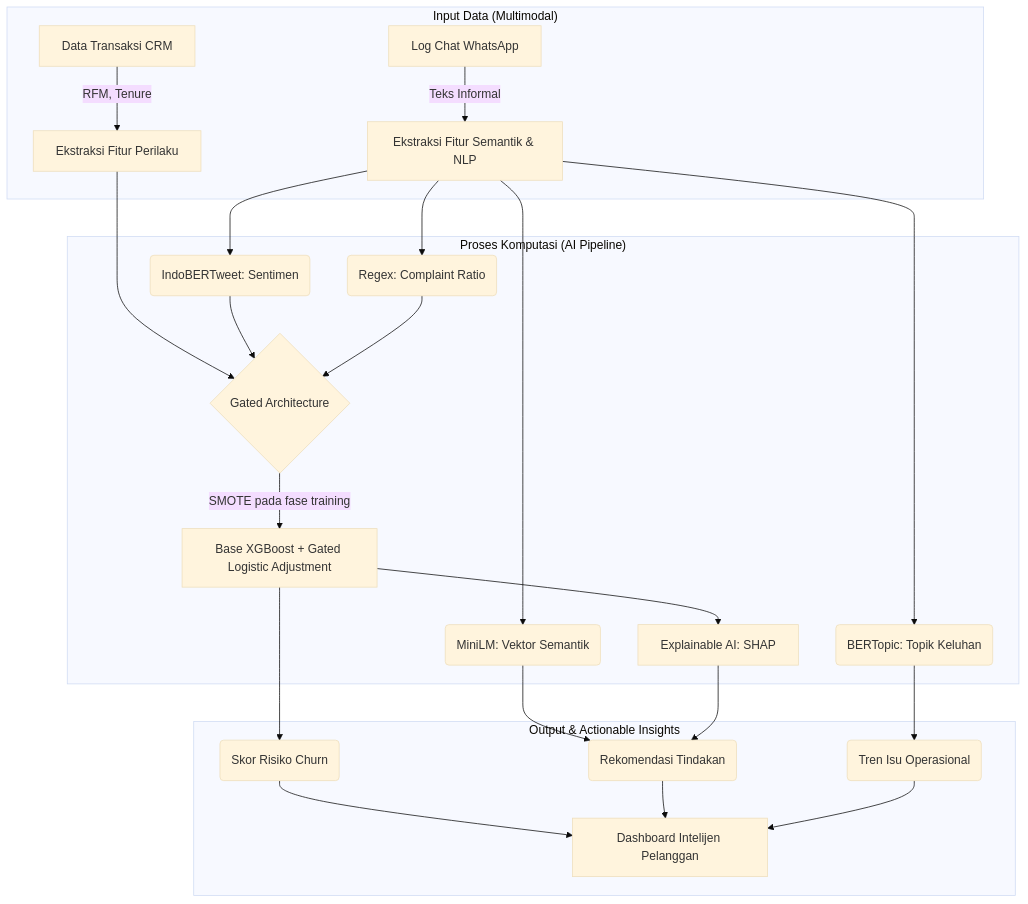
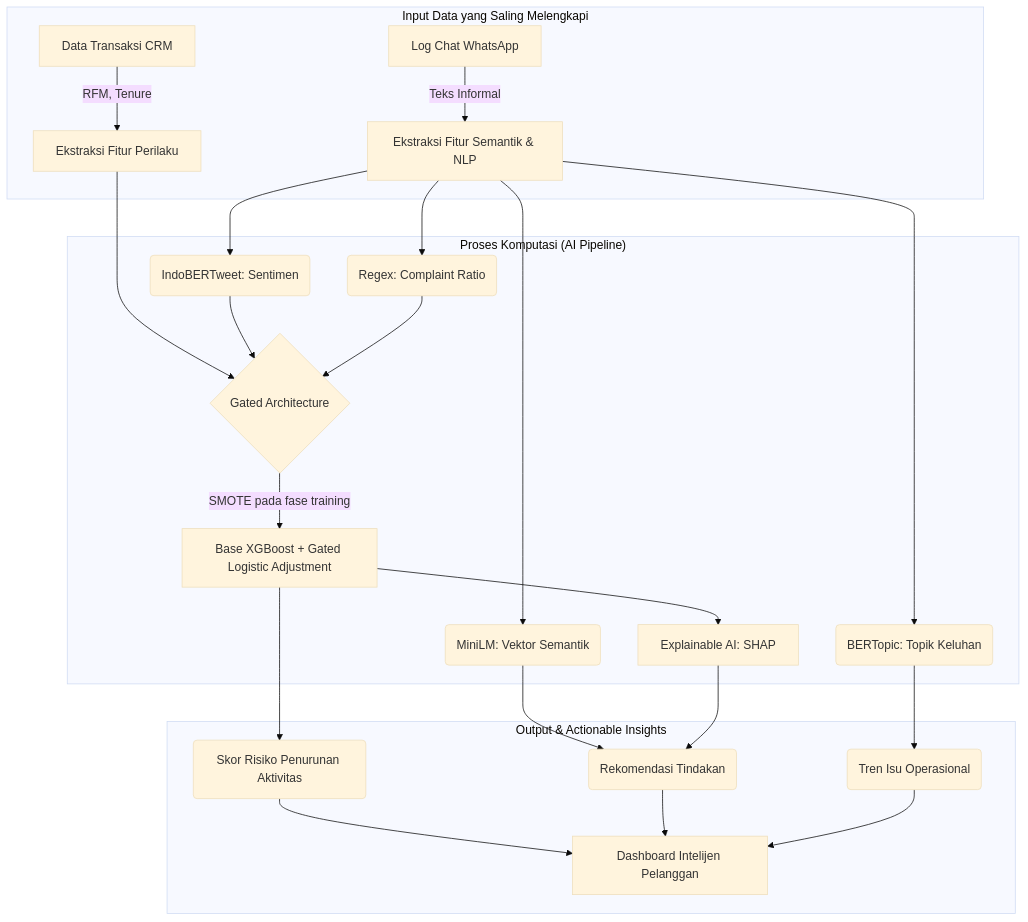
The diagram in Bab 2.md (adamsafril19/Customer-Analitycs--Mamina-), drawn with Mermaid (base theme) before and after one commit. The commit also changed other lines of this file and 4 other files, not shown here.

````diff
--- a/Bab 2.md
+++ b/Bab 2.md
@@ -248,43 +248,43 @@
 ```mermaid
 flowchart TD
     %% Data Sources
-    subgraph Input ["Input Data (Multimodal)"]
+    subgraph Input ["Input Data yang Saling Melengkapi"]
         A1[Data Transaksi CRM] -->|RFM, Tenure| B1
         A2[Log Chat WhatsApp] -->|Teks Informal| B2
     end
     
     %% Processing Pipeline
     subgraph Proses ["Proses Komputasi (AI Pipeline)"]
         B1[Ekstraksi Fitur Perilaku]
         B2[Ekstraksi Fitur Semantik & NLP]
         
         B2 --> C1(IndoBERTweet: Sentimen)
         B2 --> C2(MiniLM: Vektor Semantik)
         B2 --> C3(BERTopic: Topik Keluhan)
         B2 --> C4(Regex: Complaint Ratio)
         
         B1 --> D{Gated Architecture}
         C1 --> D
         C4 --> D
         
         D -->|SMOTE pada fase training| E[Base XGBoost + Gated Logistic Adjustment]
         E --> F[Explainable AI: SHAP]
     end
     
     %% Output
     subgraph Output ["Output & Actionable Insights"]
         G[Dashboard Intelijen Pelanggan]
-        H1(Skor Risiko Churn)
+        H1(Skor Risiko Penurunan Aktivitas)
         H2(Rekomendasi Tindakan)
         H3(Tren Isu Operasional)
         
         E --> H1
         C2 --> H2
         C3 --> H3
         F --> H2
         
         H1 --> G
         H2 --> G
         H3 --> G
     end
 ```
````
